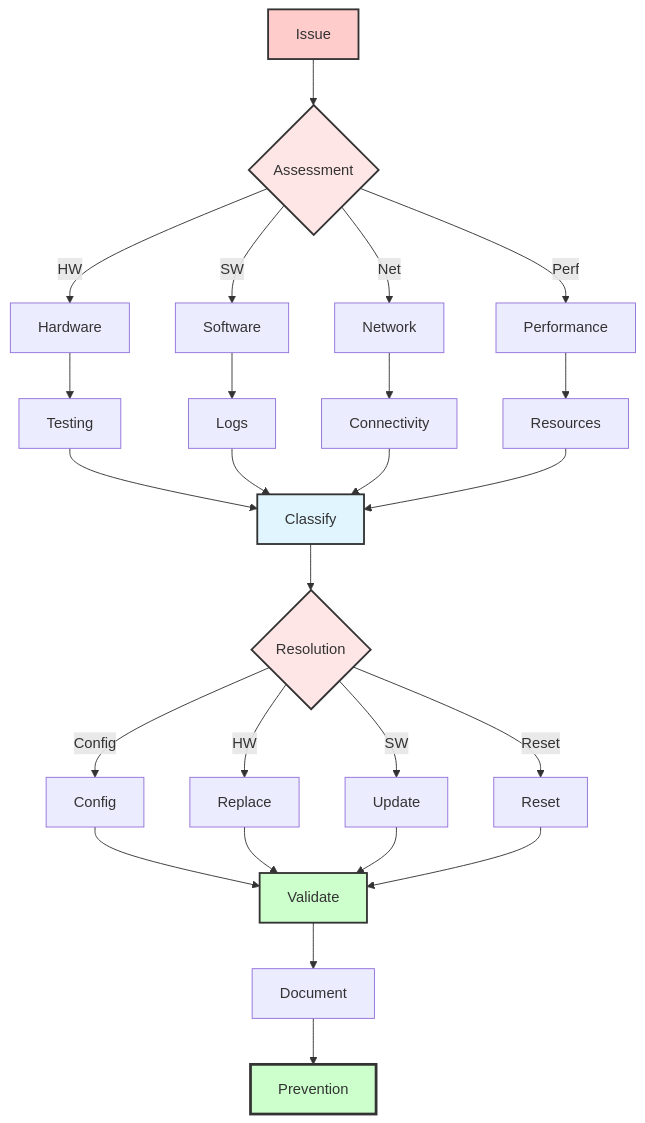
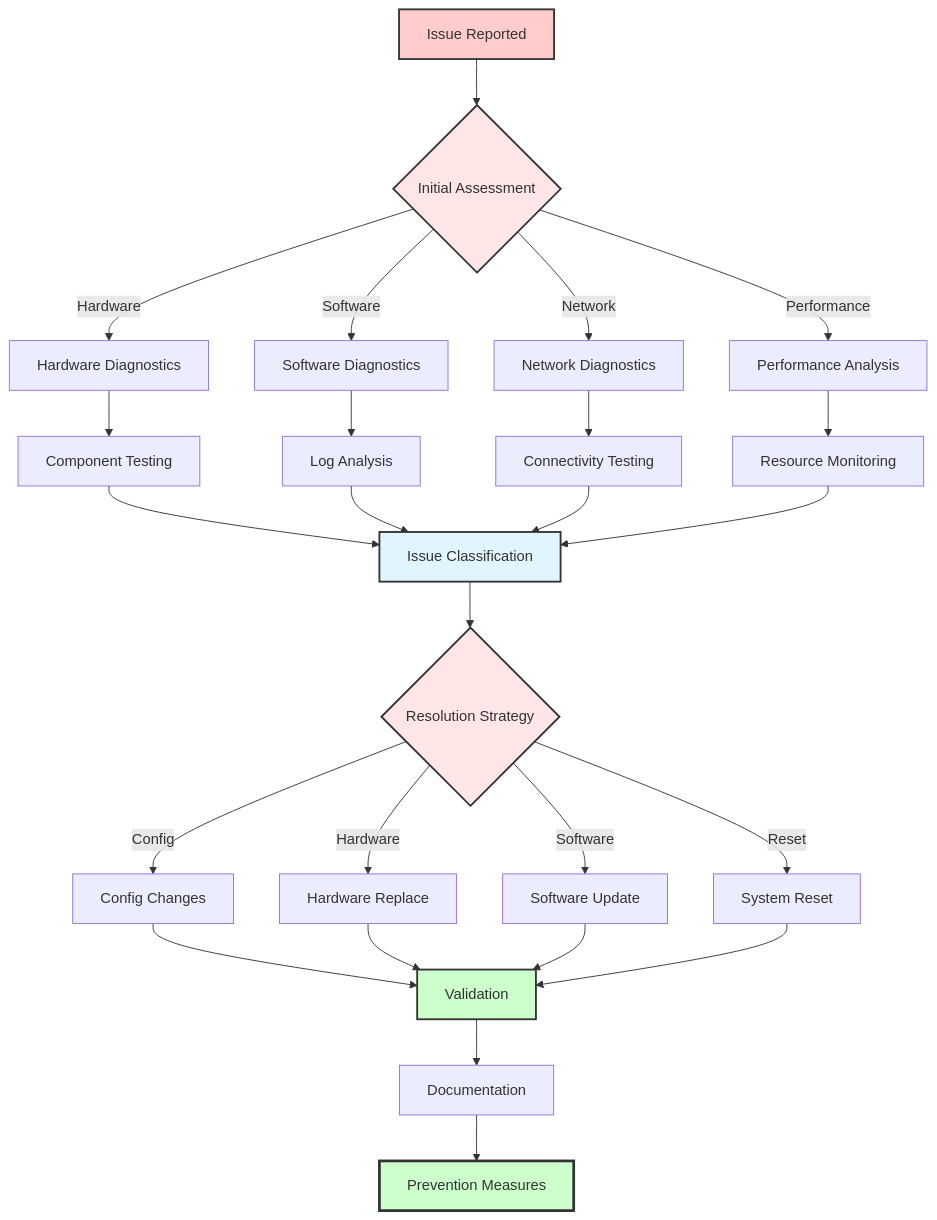
One commit to JayeshKakkad-Rotoclear/Rotoclear-C-Pro-Docs changed the diagram in docs/operations/troubleshooting.md. Above: the diagram before and after it, drawn with Mermaid. The commit also changed 12 other files, not shown here.

Commit message:
Fix all Mermaid diagrams with proper complete labels - Fixed text bundling issues by using proper full labels - Removed overly abbreviated text that caused code formatting - All node labels now properly display without being truncated - Maintained readability while ensuring proper Mermaid parsing

````diff
--- a/docs/operations/troubleshooting.md
+++ b/docs/operations/troubleshooting.md
@@ -9,40 +9,40 @@
 ```mermaid
 graph TB
-    A[Issue] --> B{Assessment}
+    A[Issue Reported] --> B{Initial Assessment}
     
-    B -->|HW| C[Hardware]
-    B -->|SW| D[Software]
-    B -->|Net| E[Network]
-    B -->|Perf| F[Performance]
+    B -->|Hardware| C[Hardware Diagnostics]
+    B -->|Software| D[Software Diagnostics]
+    B -->|Network| E[Network Diagnostics]
+    B -->|Performance| F[Performance Analysis]
     
-    C --> G[Testing]
-    D --> H[Logs]
-    E --> I[Connectivity]
-    F --> J[Resources]
+    C --> G[Component Testing]
+    D --> H[Log Analysis]
+    E --> I[Connectivity Testing]
+    F --> J[Resource Monitoring]
     
-    G --> K[Classify]
+    G --> K[Issue Classification]
     H --> K
     I --> K
     J --> K
     
-    K --> L{Resolution}
-    L -->|Config| M[Config]
-    L -->|HW| N[Replace]
-    L -->|SW| O[Update]
-    L -->|Reset| P[Reset]
+    K --> L{Resolution Strategy}
+    L -->|Config| M[Config Changes]
+    L -->|Hardware| N[Hardware Replace]
+    L -->|Software| O[Software Update]
+    L -->|Reset| P[System Reset]
     
-    M --> Q[Validate]
+    M --> Q[Validation]
     N --> Q
     O --> Q
     P --> Q
     
-    Q --> R[Document]
-    R --> S[Prevention]
+    Q --> R[Documentation]
+    R --> S[Prevention Measures]
     
     style A fill:#ffcccc,stroke:#333,stroke-width:2px
     style B fill:#ffe6e6,stroke:#333,stroke-width:2px
     style K fill:#e1f5ff,stroke:#333,stroke-width:2px
     style L fill:#ffe6e6,stroke:#333,stroke-width:2px
     style Q fill:#ccffcc,stroke:#333,stroke-width:2px
     style S fill:#ccffcc,stroke:#333,stroke-width:3px
 ```
````
